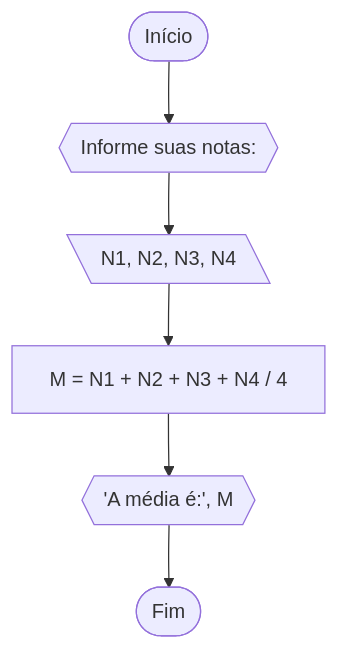
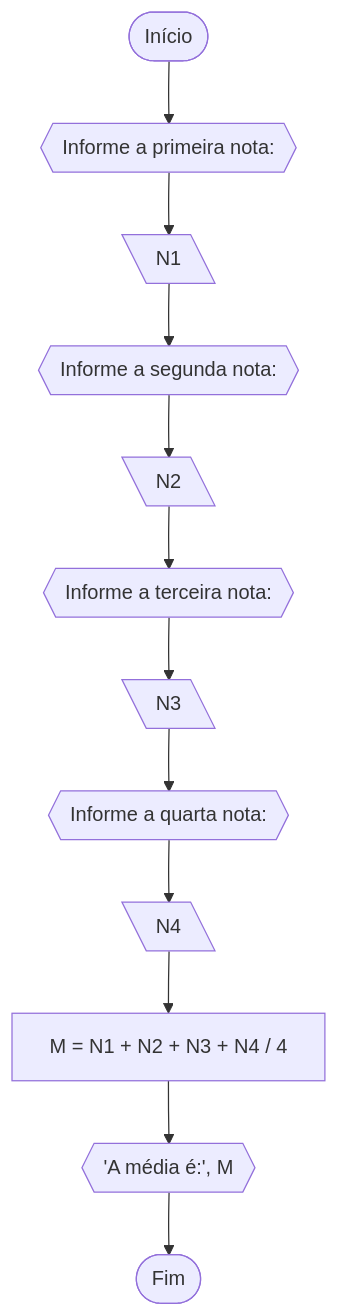
Before and after one commit to Jandih/Unifor: the first of 2 diagrams in RLA/lista_exercicio_2.md, drawn with Mermaid.

`````diff
--- a/RLA/lista_exercicio_2.md
+++ b/RLA/lista_exercicio_2.md
@@ -8,8 +8,14 @@
 ````mermaid
 flowchart TD
-A([Início]) --> B{{Informe suas notas:}}
-B --> C[\N1, N2, N3, N4\]
-C --> D[M = N1 + N2 + N3 + N4 / 4]
-D --> E{{'A média é:', M}}
-E --> F([Fim])
+A([Início]) --> B{{Informe a primeira nota:}}
+B --> C[\N1\]
+C --> D{{Informe a segunda nota:}}
+D --> E[\N2\]
+E --> F{{Informe a terceira nota:}}
+F --> G[\N3\]
+G --> H{{Informe a quarta nota:}}
+H --> I[\N4\]
+I --> J[M = N1 + N2 + N3 + N4 / 4]
+J --> K{{'A média é:', M}}
+K --> L([Fim])
 ````
`````
